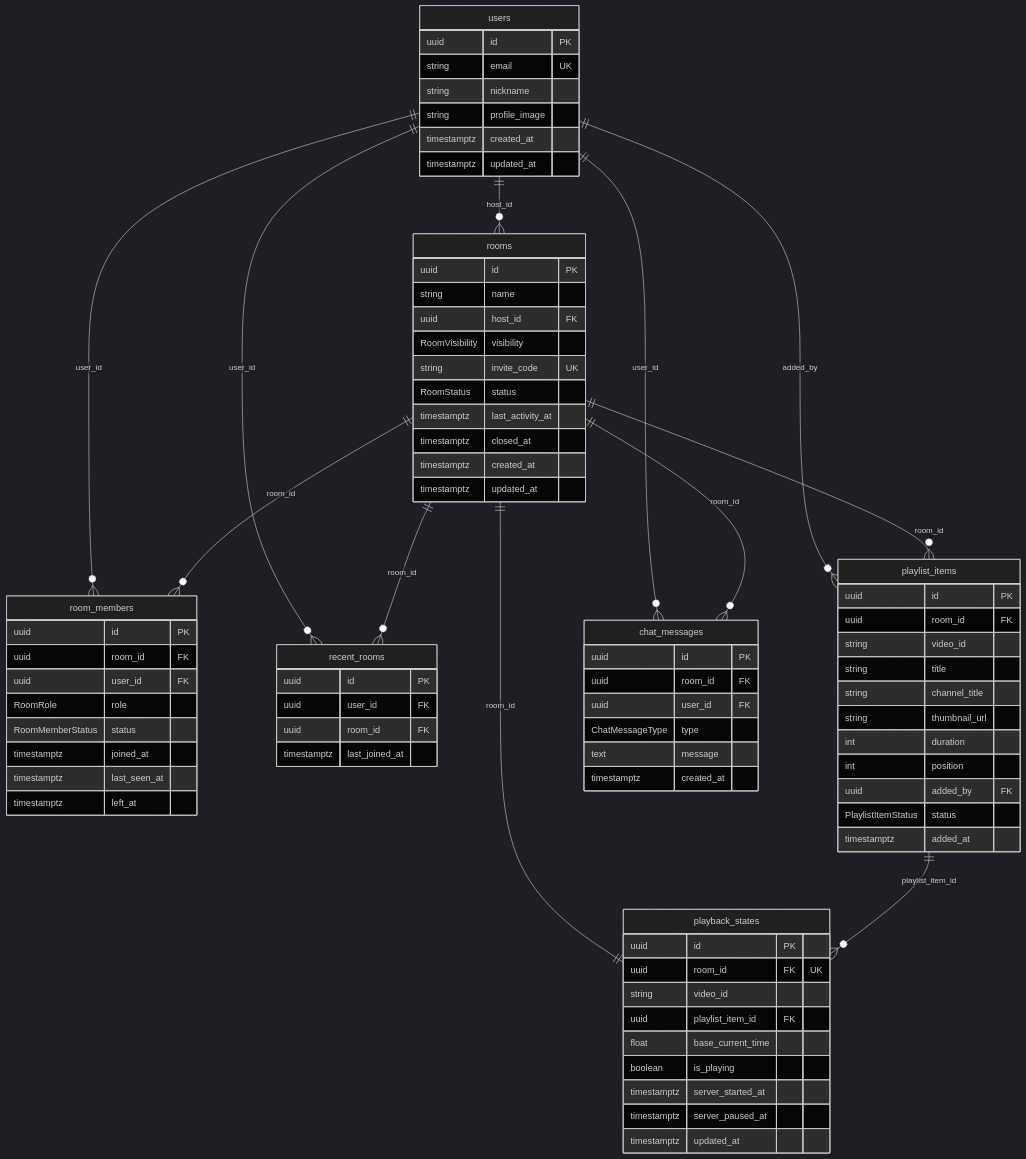
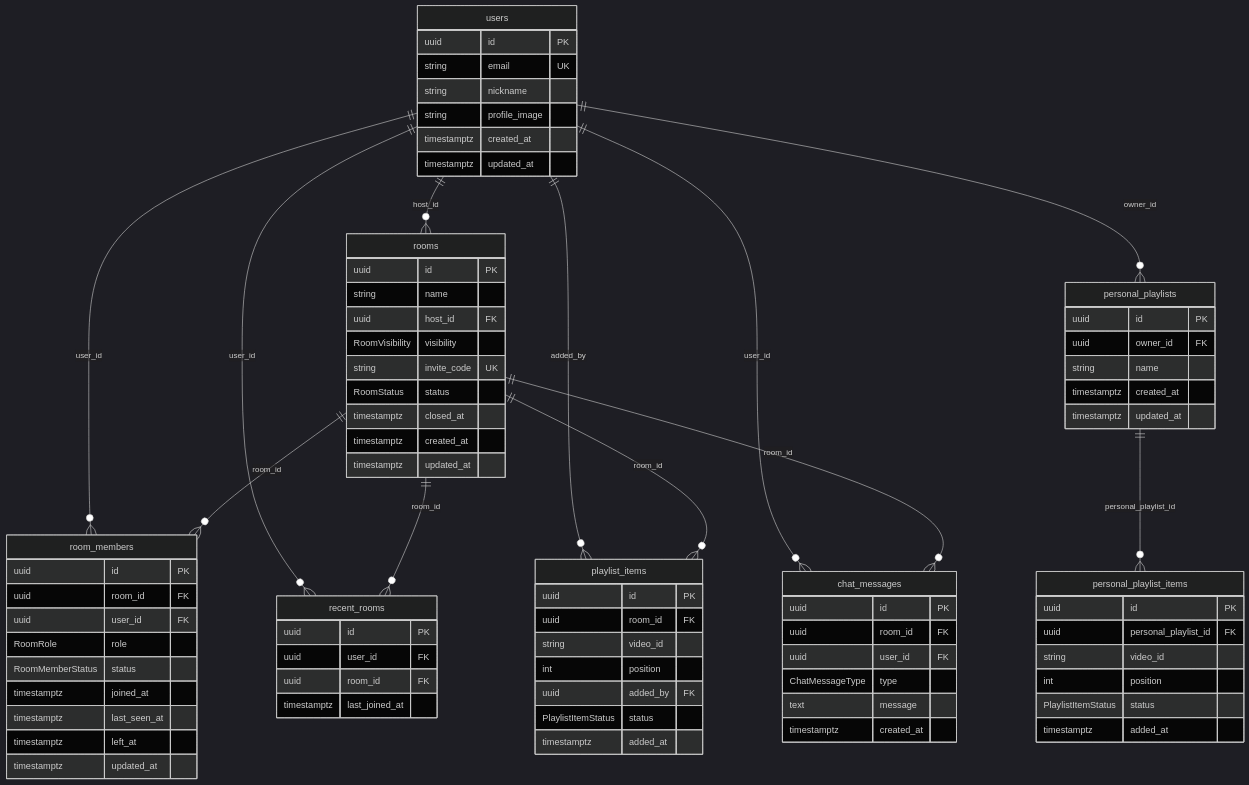
One commit to TechUP-SYFITY/SYFITY changed the diagram in docs/04-database-design.md. Above: the diagram before and after it, drawn with Mermaid (dark theme). The commit also changed other lines of this file and 11 other files, not shown here.

````diff
--- a/docs/04-database-design.md
+++ b/docs/04-database-design.md
@@ -42,7 +43,6 @@
         RoomVisibility visibility
         string invite_code UK
         RoomStatus status
-        timestamptz last_activity_at
         timestamptz closed_at
         timestamptz created_at
         timestamptz updated_at
@@ -57,6 +57,7 @@
         timestamptz joined_at
         timestamptz last_seen_at
         timestamptz left_at
+        timestamptz updated_at
     }
 
     recent_rooms {
@@ -70,26 +71,10 @@
         uuid id PK
         uuid room_id FK
         string video_id
-        string title
-        string channel_title
-        string thumbnail_url
-        int duration
         int position
         uuid added_by FK
         PlaylistItemStatus status
         timestamptz added_at
-    }
-
-    playback_states {
-        uuid id PK
-        uuid room_id FK "UK"
-        string video_id
-        uuid playlist_item_id FK
-        float base_current_time
-        boolean is_playing
-        timestamptz server_started_at
-        timestamptz server_paused_at
-        timestamptz updated_at
     }
 
     chat_messages {
@@ -101,15 +86,32 @@
         timestamptz created_at
     }
 
-    users ||--o{ rooms : "host_id"
-    users ||--o{ room_members : "user_id"
-    users ||--o{ recent_rooms : "user_id"
-    users ||--o{ playlist_items : "added_by"
-    users ||--o{ chat_messages : "user_id"
-    rooms ||--o{ room_members : "room_id"
-    rooms ||--o{ recent_rooms : "room_id"
-    rooms ||--o{ playlist_items : "room_id"
-    rooms ||--|| playback_states : "room_id"
-    rooms ||--o{ chat_messages : "room_id"
-    playlist_items ||--o{ playback_states : "playlist_item_id"
+    personal_playlists {
+        uuid id PK
+        uuid owner_id FK
+        string name
+        timestamptz created_at
+        timestamptz updated_at
+    }
+
+    personal_playlist_items {
+        uuid id PK
+        uuid personal_playlist_id FK
+        string video_id
+        int position
+        PlaylistItemStatus status
+        timestamptz added_at
+    }
+
+    users ||--o{ rooms : host_id
+    users ||--o{ room_members : user_id
+    users ||--o{ recent_rooms : user_id
+    users ||--o{ playlist_items : added_by
+    users ||--o{ chat_messages : user_id
+    users ||--o{ personal_playlists : owner_id
+    rooms ||--o{ room_members : room_id
+    rooms ||--o{ recent_rooms : room_id
+    rooms ||--o{ playlist_items : room_id
+    rooms ||--o{ chat_messages : room_id
+    personal_playlists ||--o{ personal_playlist_items : personal_playlist_id
 ```
````
